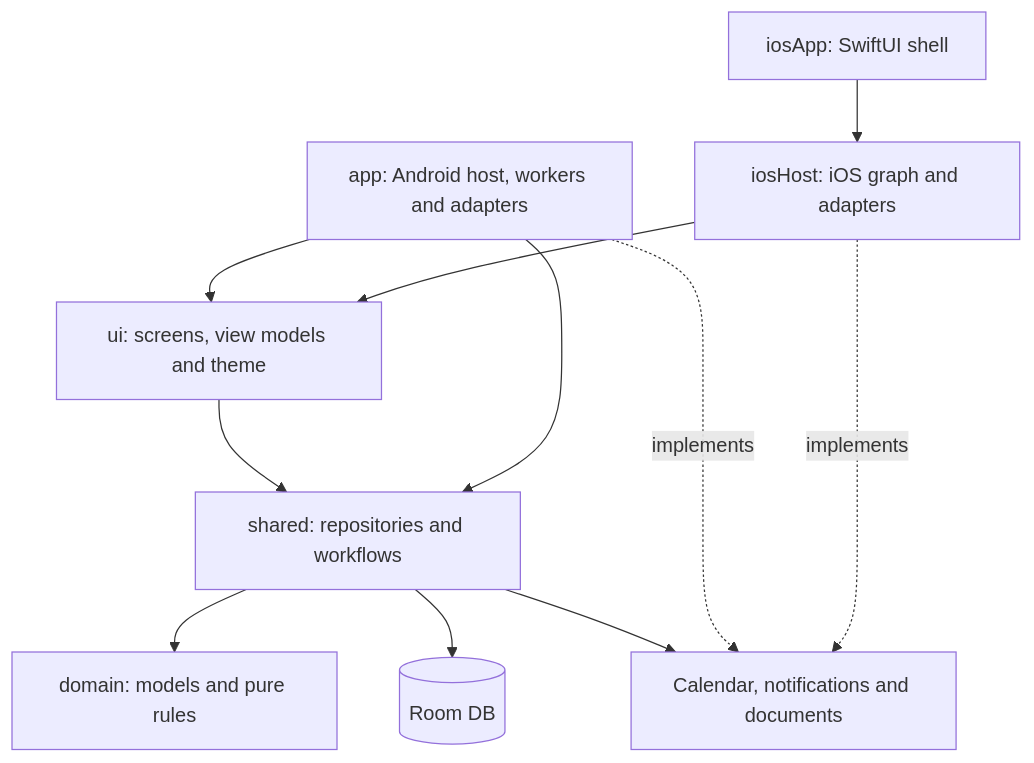
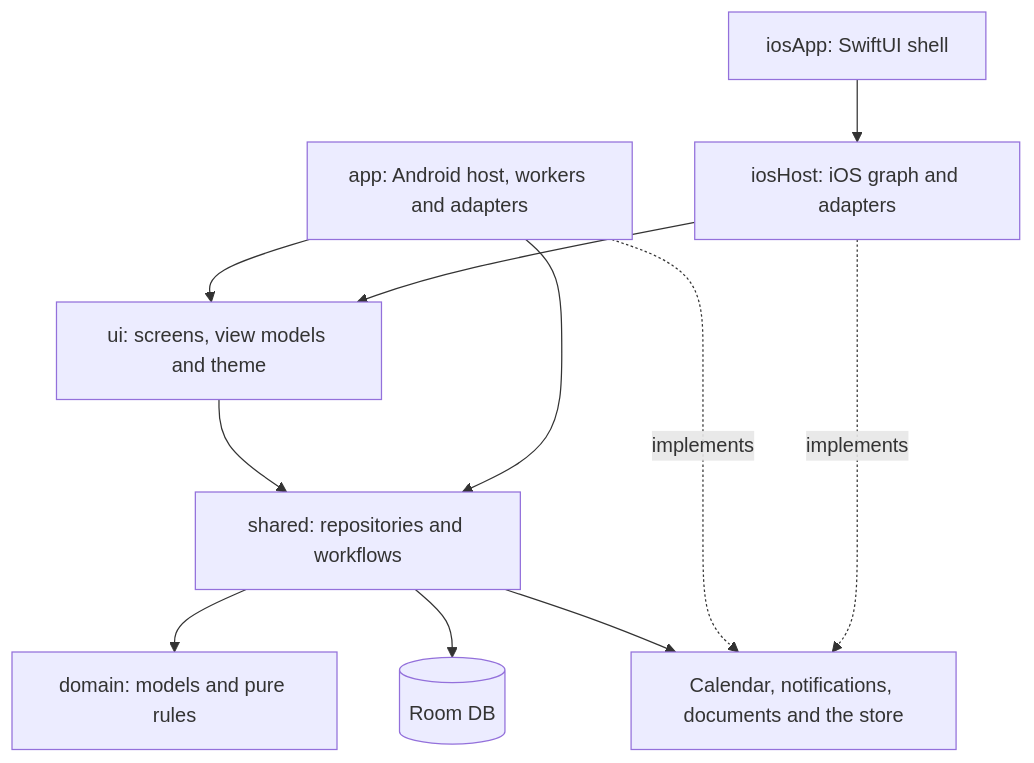
Before and after one commit to seblful/tutoring-app: the diagram in docs/architecture.md, drawn with Mermaid. The commit also changed other lines of this file and 88 other files, not shown here.

````diff
--- a/docs/architecture.md
+++ b/docs/architecture.md
@@ -13,13 +13,13 @@
 ```mermaid
 flowchart TB
     App["app: Android host, workers and adapters"] --> Ui["ui: screens, view models and theme"]
     Ui --> Shared["shared: repositories and workflows"]
     App --> Shared
     Ios["iosApp: SwiftUI shell"] --> IosUi["iosHost: iOS graph and adapters"]
     IosUi --> Ui
     Shared --> Domain["domain: models and pure rules"]
     Shared --> Room[(Room DB)]
-    Shared --> Ports[Calendar, notifications and documents]
+    Shared --> Ports[Calendar, notifications, documents and the store]
     App -. implements .-> Ports
     IosUi -. implements .-> Ports
 ```
````
